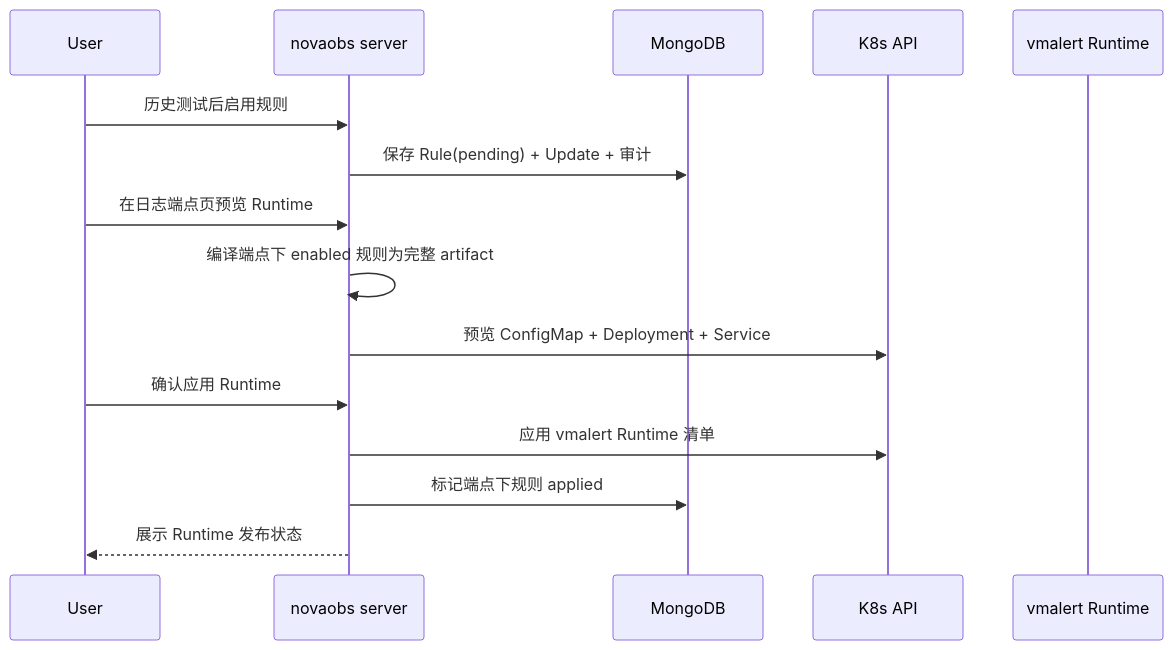
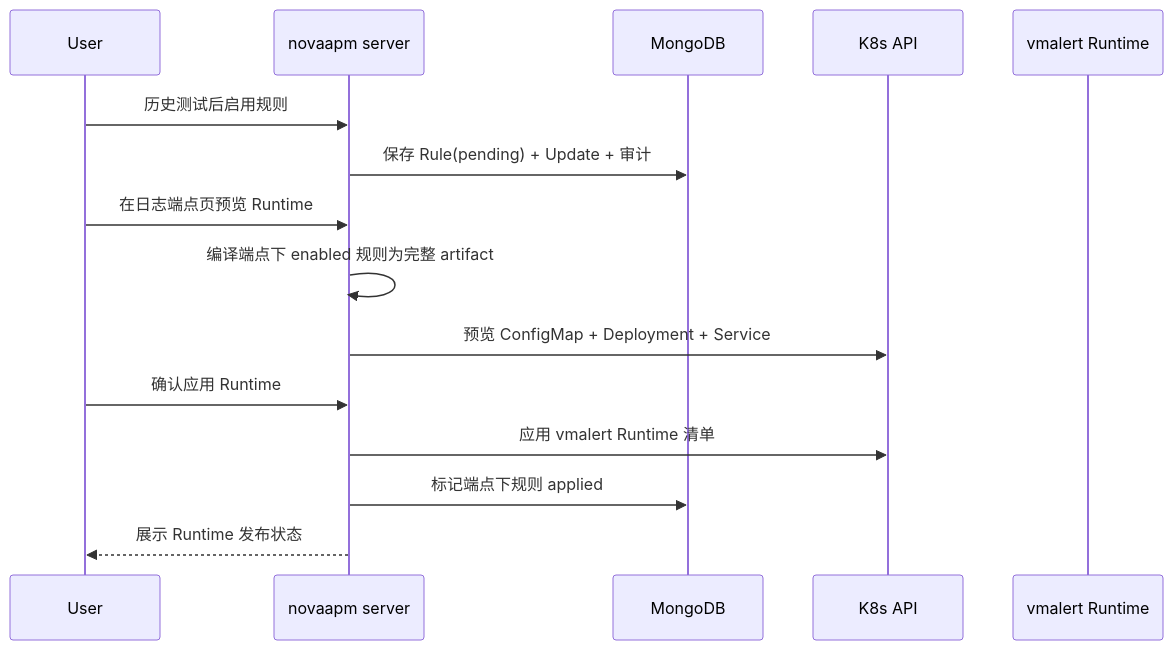
The third of 3 diagrams in docs/planning/2026-06-22-log-alerting-handoff-architecture.md (nova-obs/novaobs), drawn with Mermaid before and after one commit. The commit also changed other lines of this file and 175 other files, not shown here.

````diff
--- a/docs/planning/2026-06-22-log-alerting-handoff-architecture.md
+++ b/docs/planning/2026-06-22-log-alerting-handoff-architecture.md
@@ -586,18 +586,18 @@
 ```mermaid
 sequenceDiagram
     participant U as User
-    participant API as novaobs server
+    participant API as novaapm server
     participant DB as MongoDB
     participant K as K8s API
     participant V as vmalert Runtime
 
     U->>API: 历史测试后启用规则
     API->>DB: 保存 Rule(pending) + Update + 审计
     U->>API: 在日志端点页预览 Runtime
     API->>API: 编译端点下 enabled 规则为完整 artifact
     API->>K: 预览 ConfigMap + Deployment + Service
     U->>API: 确认应用 Runtime
     API->>K: 应用 vmalert Runtime 清单
     API->>DB: 标记端点下规则 applied
     API-->>U: 展示 Runtime 发布状态
 ```
````
